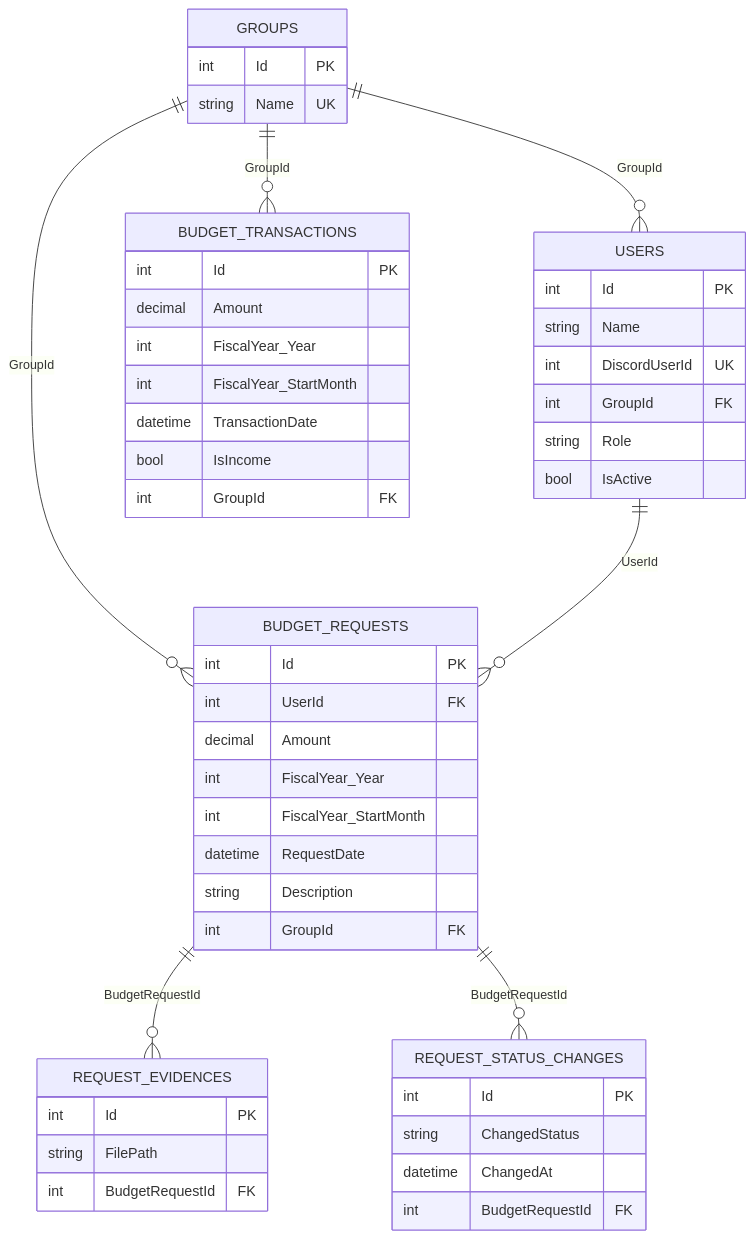
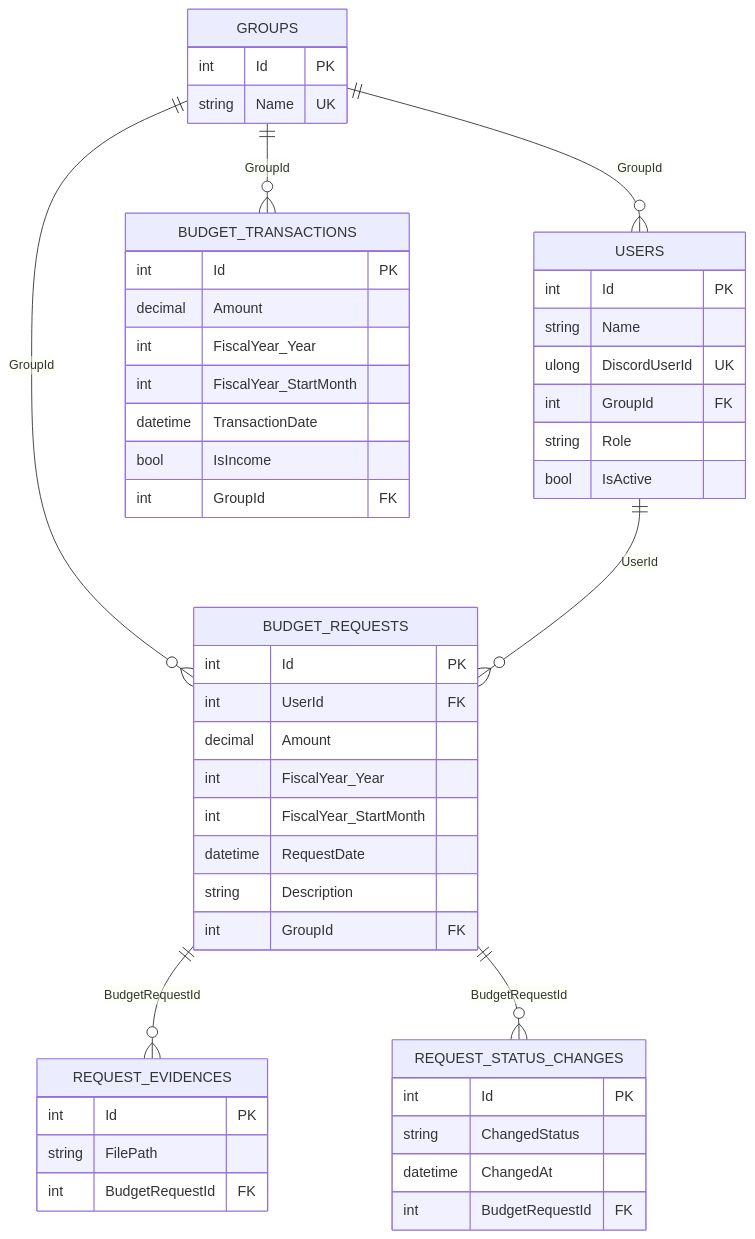
One commit to CASru-IT/BudgetManagementBotSystem changed the first of 2 diagrams in docs/design.md. Above: the diagram before and after it, drawn with Mermaid. The commit also changed other lines of this file and 5 other files, not shown here.

````diff
--- a/docs/design.md
+++ b/docs/design.md
@@ -41,57 +41,57 @@
 ```mermaid
 erDiagram
     GROUPS ||--o{ USERS : GroupId
     GROUPS ||--o{ BUDGET_TRANSACTIONS : GroupId
     GROUPS ||--o{ BUDGET_REQUESTS : GroupId
     USERS ||--o{ BUDGET_REQUESTS : UserId
     BUDGET_REQUESTS ||--o{ REQUEST_EVIDENCES : BudgetRequestId
     BUDGET_REQUESTS ||--o{ REQUEST_STATUS_CHANGES : BudgetRequestId
 
     GROUPS {
         int Id PK
         string Name UK
     }
 
     USERS {
         int Id PK
         string Name
-        int DiscordUserId UK
+      ulong DiscordUserId UK
         int GroupId FK
         string Role
         bool IsActive
     }
 
     BUDGET_TRANSACTIONS {
         int Id PK
         decimal Amount
         int FiscalYear_Year
         int FiscalYear_StartMonth
         datetime TransactionDate
         bool IsIncome
         int GroupId FK
     }
 
     BUDGET_REQUESTS {
         int Id PK
         int UserId FK
         decimal Amount
         int FiscalYear_Year
         int FiscalYear_StartMonth
         datetime RequestDate
         string Description
         int GroupId FK
     }
 
     REQUEST_EVIDENCES {
         int Id PK
         string FilePath
         int BudgetRequestId FK
     }
 
     REQUEST_STATUS_CHANGES {
         int Id PK
         string ChangedStatus
         datetime ChangedAt
         int BudgetRequestId FK
     }
 ```
````
